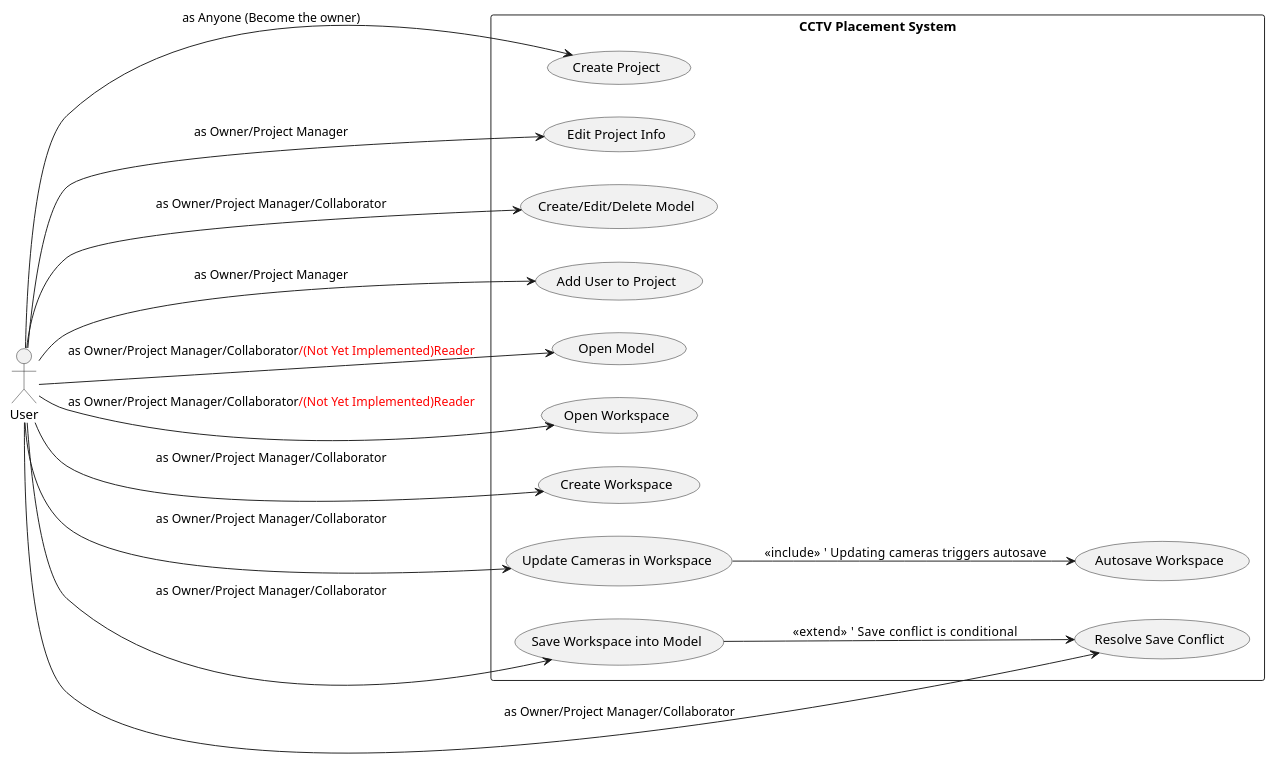
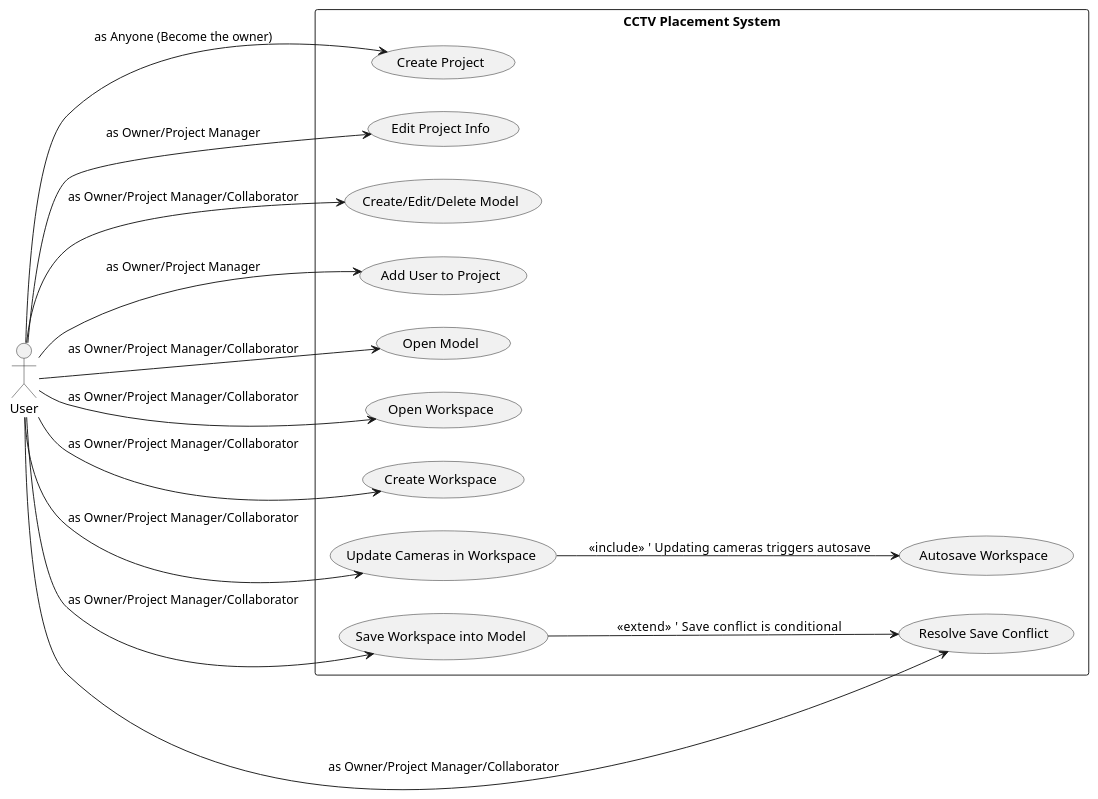
One commit to Ministry-of-Learning-of-Jura-Kites/OmniCam changed the diagram in docs/diagrams/use_case.puml. Above: the diagram before and after it, drawn with PlantUML. The commit also changed 6 other files, not shown here.

Commit message:
Update diagrams

```diff
--- a/docs/diagrams/use_case.puml
+++ b/docs/diagrams/use_case.puml
@@ -1,39 +1,39 @@
 @startuml OmniCam Usecase Diagram
 left to right direction
 
 actor User
 
 rectangle "CCTV Placement System" {
 
   usecase "Create Project" as UC1
   usecase "Edit Project Info" as UC2
   usecase "Create/Edit/Delete Model" as UC12
   usecase "Add User to Project" as UC3
   usecase "Open Model" as UC4
   usecase "Open Workspace" as UC5
   usecase "Create Workspace" as UC7
   usecase "Autosave Workspace" as UC8
   usecase "Save Workspace into Model" as UC9
   usecase "Resolve Save Conflict" as UC10
   usecase "Update Cameras in Workspace" as UC11
 
   ' One actor: User (people can have roles)
   ' Role permissions modeled inside system
 
   User --> UC1  : «as Anyone (Become the owner)»
   User --> UC2  : «as Owner/Project Manager»
   User --> UC3  : «as Owner/Project Manager»
 
-  User --> UC4  : «as Owner/Project Manager/Collaborator<color:red>/(Not Yet Implemented)Reader</color>»
-  User --> UC5  : «as Owner/Project Manager/Collaborator<color:red>/(Not Yet Implemented)Reader</color>»
+  User --> UC4  : «as Owner/Project Manager/Collaborator<color:red></color>»
+  User --> UC5  : «as Owner/Project Manager/Collaborator<color:red></color>»
   User --> UC7  : «as Owner/Project Manager/Collaborator»
   User --> UC9  : «as Owner/Project Manager/Collaborator»
   User --> UC10 : «as Owner/Project Manager/Collaborator»
   User --> UC11 : «as Owner/Project Manager/Collaborator»
   User --> UC12 : «as Owner/Project Manager/Collaborator»
 
   ' Includes / Extends
   UC11 --> UC8 : <<include>>    ' Updating cameras triggers autosave
   UC9 --> UC10 : <<extend>>     ' Save conflict is conditional
 }
 @enduml
```
